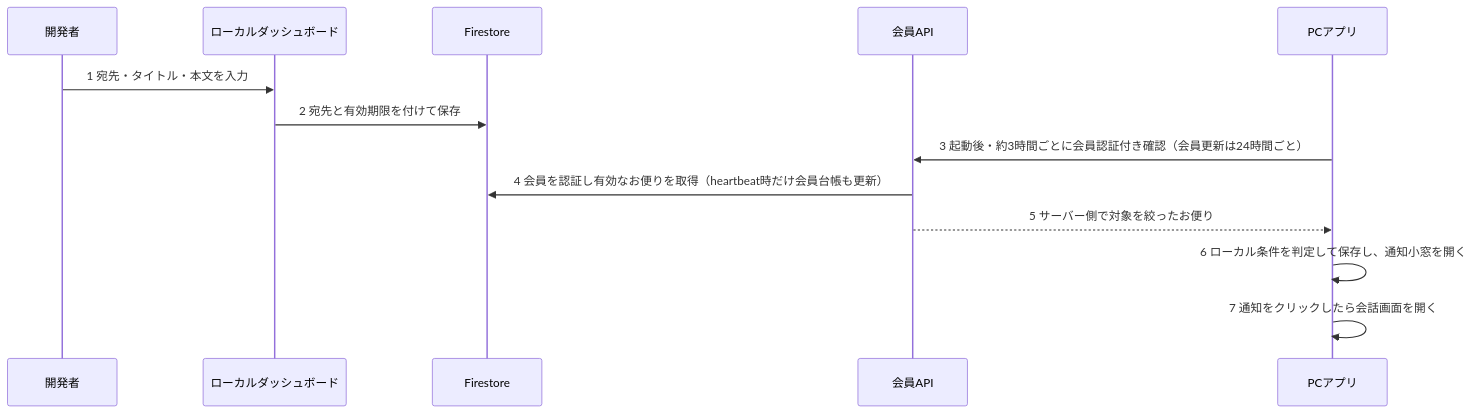
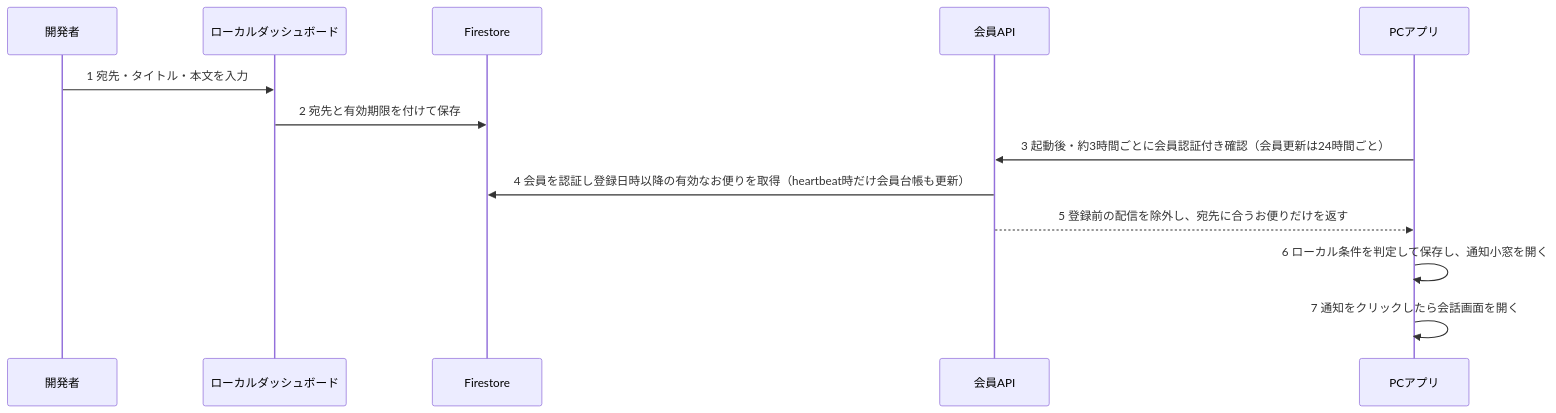
The fifth of 5 diagrams in docs-v2/009_MEMBERSHIP.md (ore-no-fusen/ore-no-fusen), drawn with Mermaid before and after one commit. The commit also changed 2 other files, not shown here.

Commit message:
fix: 新規会員へ登録前のお便りを配信しない

````diff
--- a/docs-v2/009_MEMBERSHIP.md
+++ b/docs-v2/009_MEMBERSHIP.md
@@ -170,15 +170,15 @@
 ```mermaid
 sequenceDiagram
     participant Dev as 開発者
     participant Dash as ローカルダッシュボード
     participant DB as Firestore
     participant API as 会員API
     participant PC as PCアプリ
     Dev->>Dash: 1 宛先・タイトル・本文を入力
     Dash->>DB: 2 宛先と有効期限を付けて保存
     PC->>API: 3 起動後・約3時間ごとに会員認証付き確認（会員更新は24時間ごと）
-    API->>DB: 4 会員を認証し有効なお便りを取得（heartbeat時だけ会員台帳も更新）
-    API-->>PC: 5 サーバー側で対象を絞ったお便り
+    API->>DB: 4 会員を認証し登録日時以降の有効なお便りを取得（heartbeat時だけ会員台帳も更新）
+    API-->>PC: 5 登録前の配信を除外し、宛先に合うお便りだけを返す
     PC->>PC: 6 ローカル条件を判定して保存し、通知小窓を開く
     PC->>PC: 7 通知をクリックしたら会話画面を開く
 ```
````
